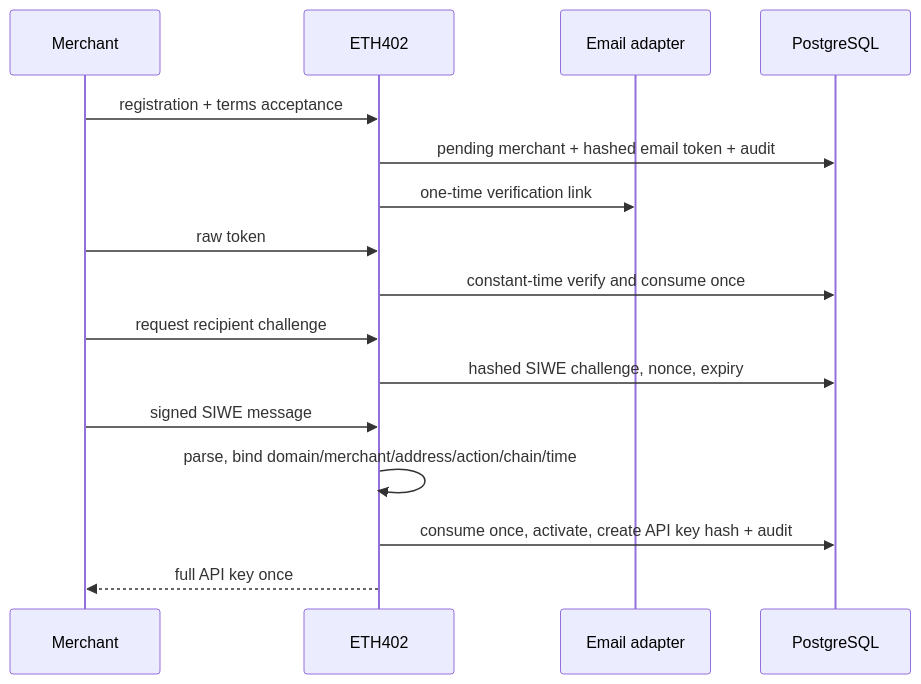
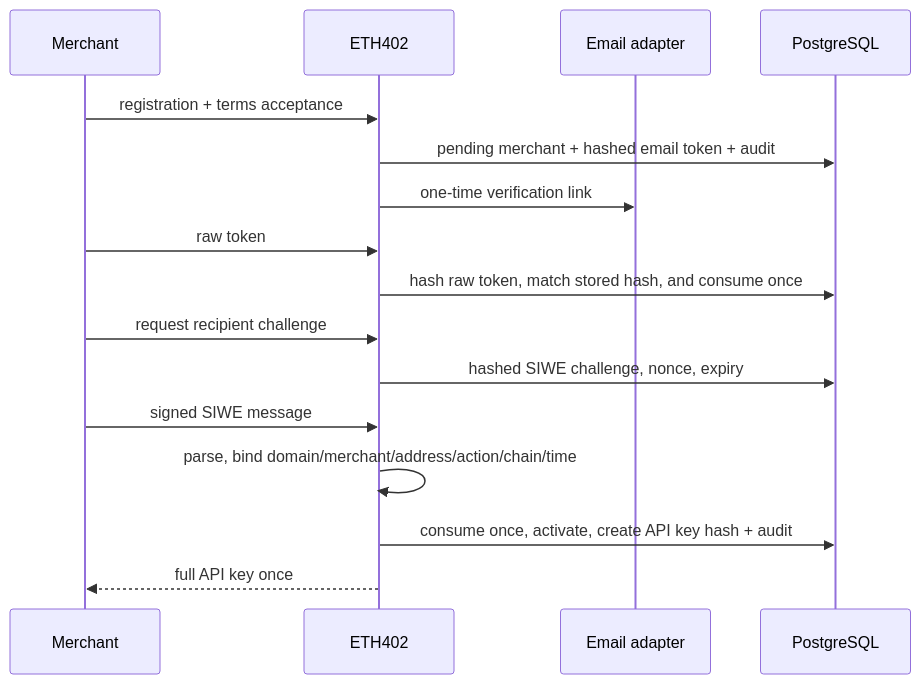
One commit to ETH402/facilitator changed the diagram in docs/REGISTRATION_FLOW.md. Above: the diagram before and after it, drawn with Mermaid. The commit also changed 11 other files, not shown here.

````diff
--- a/docs/REGISTRATION_FLOW.md
+++ b/docs/REGISTRATION_FLOW.md
@@ -3,18 +3,18 @@
 ```mermaid
 sequenceDiagram
   participant M as Merchant
   participant E as ETH402
   participant Mail as Email adapter
   participant DB as PostgreSQL
   M->>E: registration + terms acceptance
   E->>DB: pending merchant + hashed email token + audit
   E->>Mail: one-time verification link
   M->>E: raw token
-  E->>DB: constant-time verify and consume once
+  E->>DB: hash raw token, match stored hash, and consume once
   M->>E: request recipient challenge
   E->>DB: hashed SIWE challenge, nonce, expiry
   M->>E: signed SIWE message
   E->>E: parse, bind domain/merchant/address/action/chain/time
   E->>DB: consume once, activate, create API key hash + audit
   E-->>M: full API key once
 ```
````
